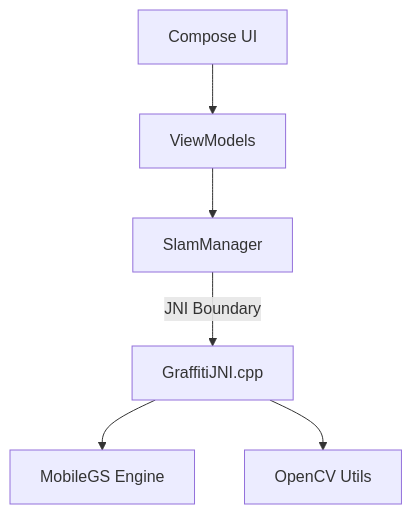
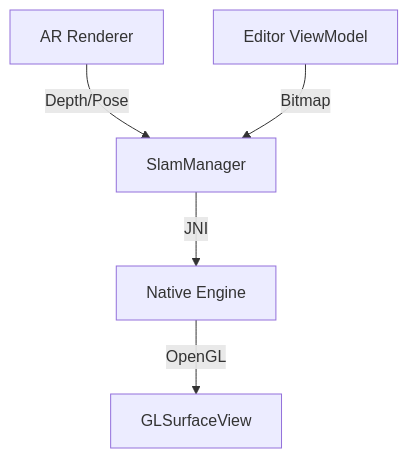
Before and after one commit to HereLiesAz/GraffitiXR: the diagram in docs/ARCHITECTURE.md, drawn with Mermaid. The commit also changed other lines of this file and 5 other files, not shown here.

First line of the commit message:
Refactor SlamManager into a Hilt-provided Singleton and update renderers to use a shared native engine.

````diff
--- a/docs/ARCHITECTURE.md
+++ b/docs/ARCHITECTURE.md
@@ -9,8 +23,7 @@
 ```mermaid
 graph TD
-    UI[Compose UI] --> VM[ViewModels]
-    VM --> SM[SlamManager]
-    SM -- JNI Boundary --> CPP[GraffitiJNI.cpp]
-    CPP --> MGS[MobileGS Engine]
-    CPP --> CV[OpenCV Utils]
+    AR[AR Renderer] -- Depth/Pose --> SM[SlamManager]
+    ED[Editor ViewModel] -- Bitmap --> SM
+    SM -- JNI --> Cpp[Native Engine]
+    Cpp -- OpenGL --> Surface[GLSurfaceView]
 ```
````
